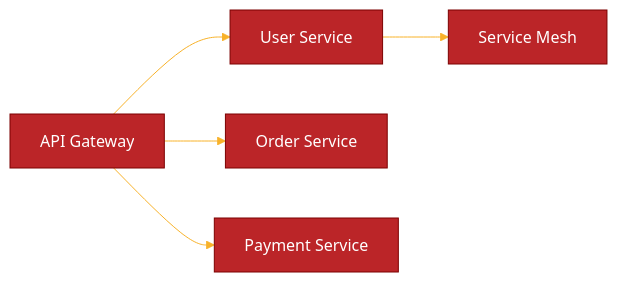
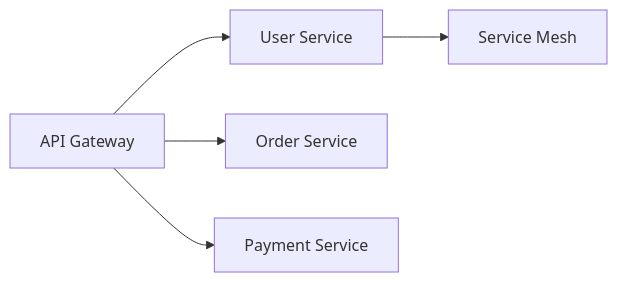
Before and after one commit to Geonitab/architecture_as_code: the diagram in docs/images/diagram_14_kapitel12.mmd, drawn with Mermaid. The commit also changed 46 other files, not shown here.

Commit message:
Align Mermaid visuals with accessible Kvadrat theme

```diff
--- a/docs/images/diagram_14_kapitel12.mmd
+++ b/docs/images/diagram_14_kapitel12.mmd
@@ -1,16 +1,5 @@
----
-config:
-  theme: 'base'
-  themeVariables:
-    primaryColor: '#BB2528'
-    primaryTextColor: '#fff'
-    primaryBorderColor: '#7C0000'
-    lineColor: '#F8B229'
-    secondaryColor: '#006100'
-    tertiaryColor: '#fff'
----
 graph LR
-    A[API Gateway] --> B[User Service]
-    A --> C[Order Service]
-    A --> D[Payment Service]
-    B --> E[Service Mesh]
+    A[API Gateway]:::kv-primary --> B[User Service]:::kv-highlight
+    A --> C[Order Service]:::kv-accent
+    A --> D[Payment Service]:::kv-accent
+    B --> E[Service Mesh]:::kv-primary
```
